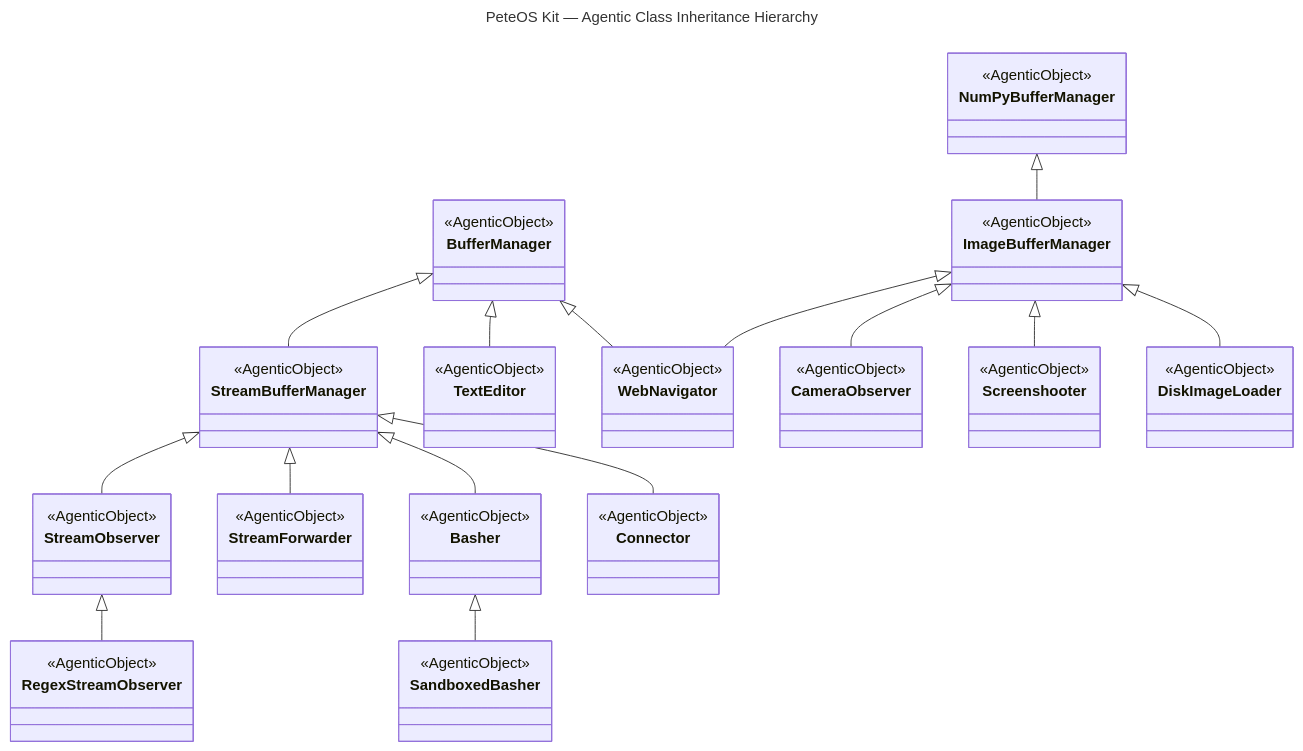
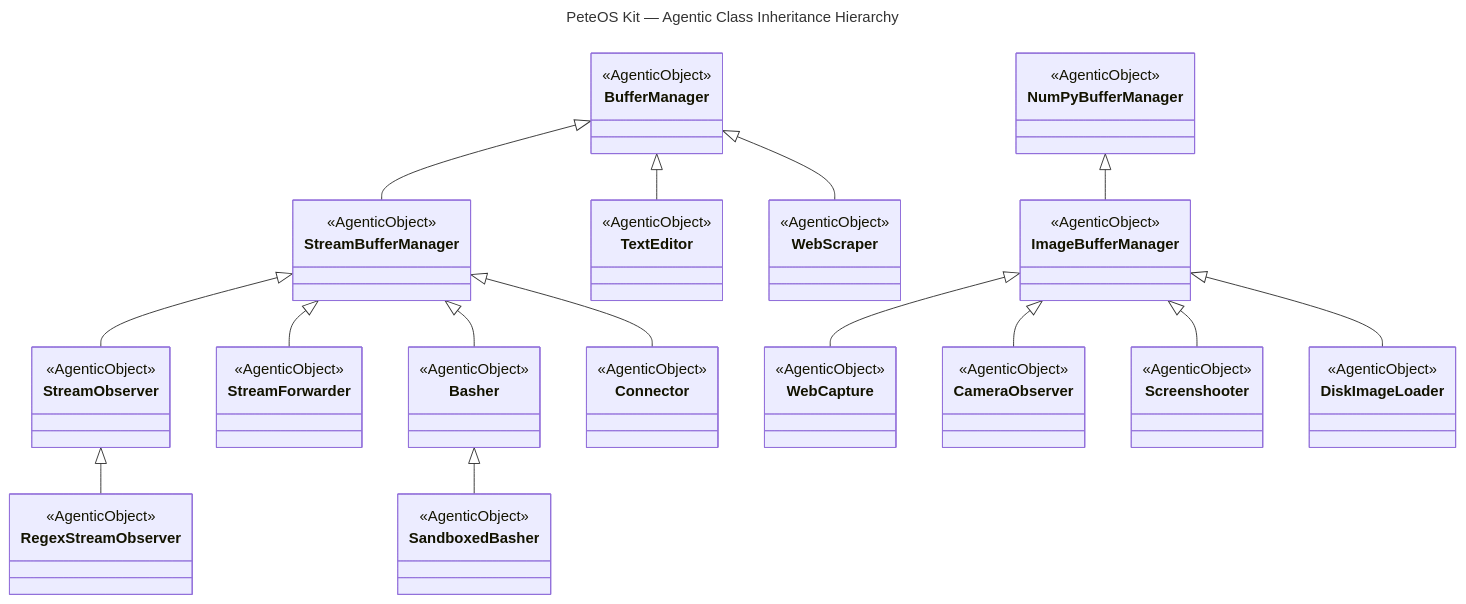
The diagram in README.md (Schafer-List-Systems/petekit), drawn with Mermaid before and after one commit. The commit also changed other lines of this file, not shown here.

Commit message:
README: replace WebNavigator with WebScraper and WebCapture in diagram and component list

````diff
--- a/README.md
+++ b/README.md
@@ -71,7 +71,11 @@
         <<AgenticObject>>
     }
 
-    class WebNavigator {
+    class WebScraper {
+        <<AgenticObject>>
+    }
+
+    class WebCapture {
         <<AgenticObject>>
     }
 
@@ -110,12 +114,12 @@
 
     %% Text agents
     BufferManager <|-- TextEditor
-    BufferManager <|-- WebNavigator
-    ImageBufferManager <|-- WebNavigator
+    BufferManager <|-- WebScraper
 
     %% Image agents
     NumPyBufferManager <|-- ImageBufferManager
     ImageBufferManager <|-- CameraObserver
     ImageBufferManager <|-- Screenshooter
     ImageBufferManager <|-- DiskImageLoader
+    ImageBufferManager <|-- WebCapture
 ```
````
